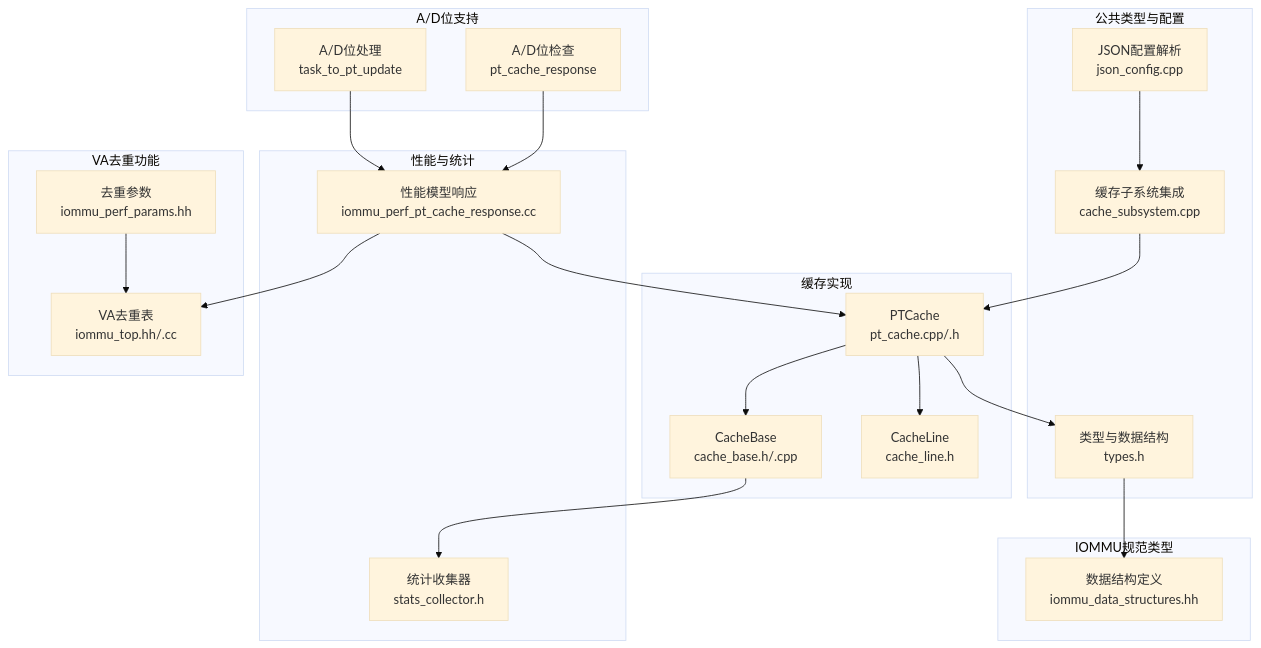
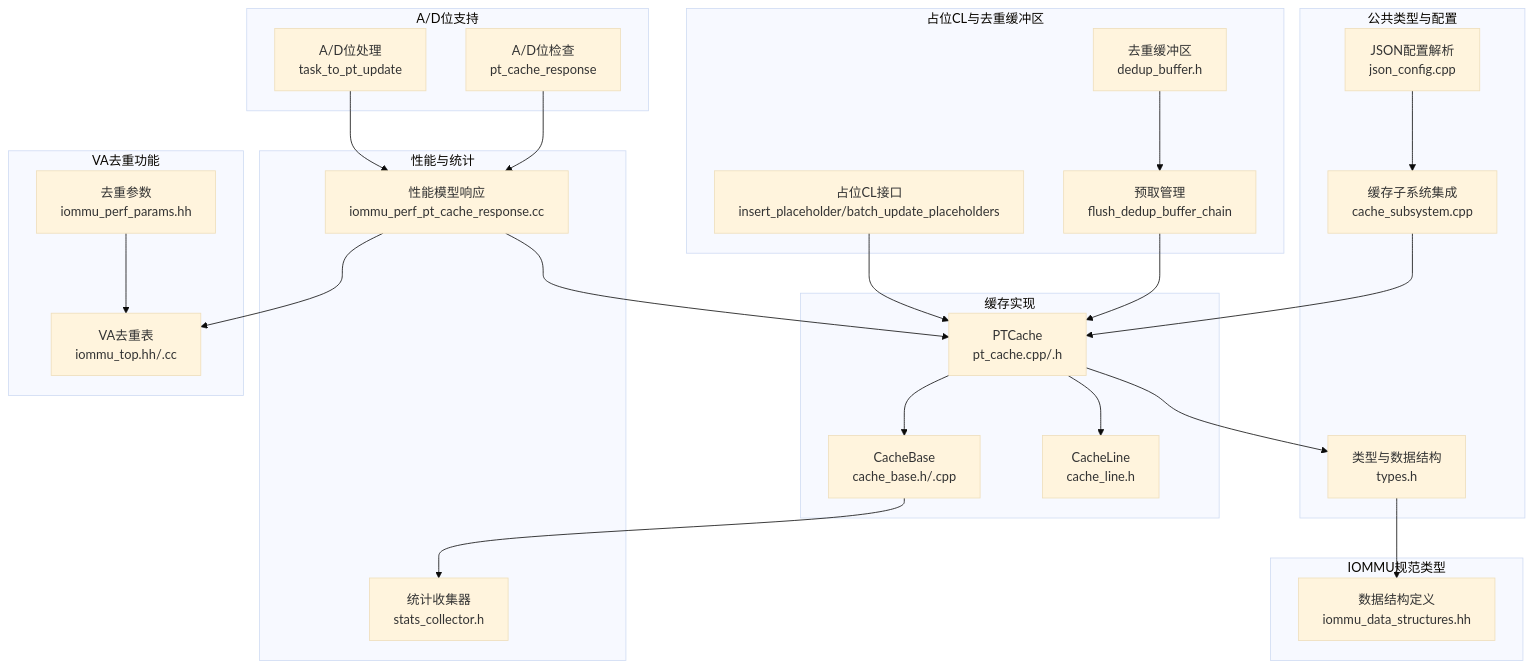
Before and after one commit to jiangjiang1122/iommu_model_20260401_v1: the first of 15 diagrams in .qoder/repowiki/zh/content/缓存系统架构/页表缓存(PT Cache)/页表缓存(PT Cache).md, drawn with Mermaid (base theme). The commit also changed other lines of this file and 21 other files, not shown here.

````diff
--- a/.qoder/repowiki/zh/content/缓存系统架构/页表缓存(PT Cache)/页表缓存(PT Cache).md
+++ b/.qoder/repowiki/zh/content/缓存系统架构/页表缓存(PT Cache)/页表缓存(PT Cache).md
@@ -62,40 +70,48 @@
 ```mermaid
 graph TB
 subgraph "缓存实现"
 PT["PTCache<br/>pt_cache.cpp/.h"]
 CB["CacheBase<Tag,Data><br/>cache_base.h/.cpp"]
 CL["CacheLine<br/>cache_line.h"]
 end
 subgraph "公共类型与配置"
 TY["类型与数据结构<br/>types.h"]
 JC["JSON配置解析<br/>json_config.cpp"]
 SS["缓存子系统集成<br/>cache_subsystem.cpp"]
 end
 subgraph "性能与统计"
 ST["统计收集器<br/>stats_collector.h"]
 PM["性能模型响应<br/>iommu_perf_pt_cache_response.cc"]
 end
 subgraph "IOMMU规范类型"
 DS["数据结构定义<br/>iommu_data_structures.hh"]
 end
 subgraph "A/D位支持"
 AD["A/D位处理<br/>task_to_pt_update"]
 AD2["A/D位检查<br/>pt_cache_response"]
 end
 subgraph "VA去重功能"
 VD["VA去重表<br/>iommu_top.hh/.cc"]
 VP["去重参数<br/>iommu_perf_params.hh"]
 end
+subgraph "占位CL与去重缓冲区"
+PH["占位CL接口<br/>insert_placeholder/batch_update_placeholders"]
+DB["去重缓冲区<br/>dedup_buffer.h"]
+PF["预取管理<br/>flush_dedup_buffer_chain"]
+end
 PT --> CB
 PT --> CL
 PT --> TY
 CB --> ST
 SS --> PT
 JC --> SS
 PM --> PT
 TY --> DS
 PM --> VD
 VP --> VD
 AD --> PM
 AD2 --> PM
+PH --> PT
+DB --> PF
+PF --> PT
 ```
````
